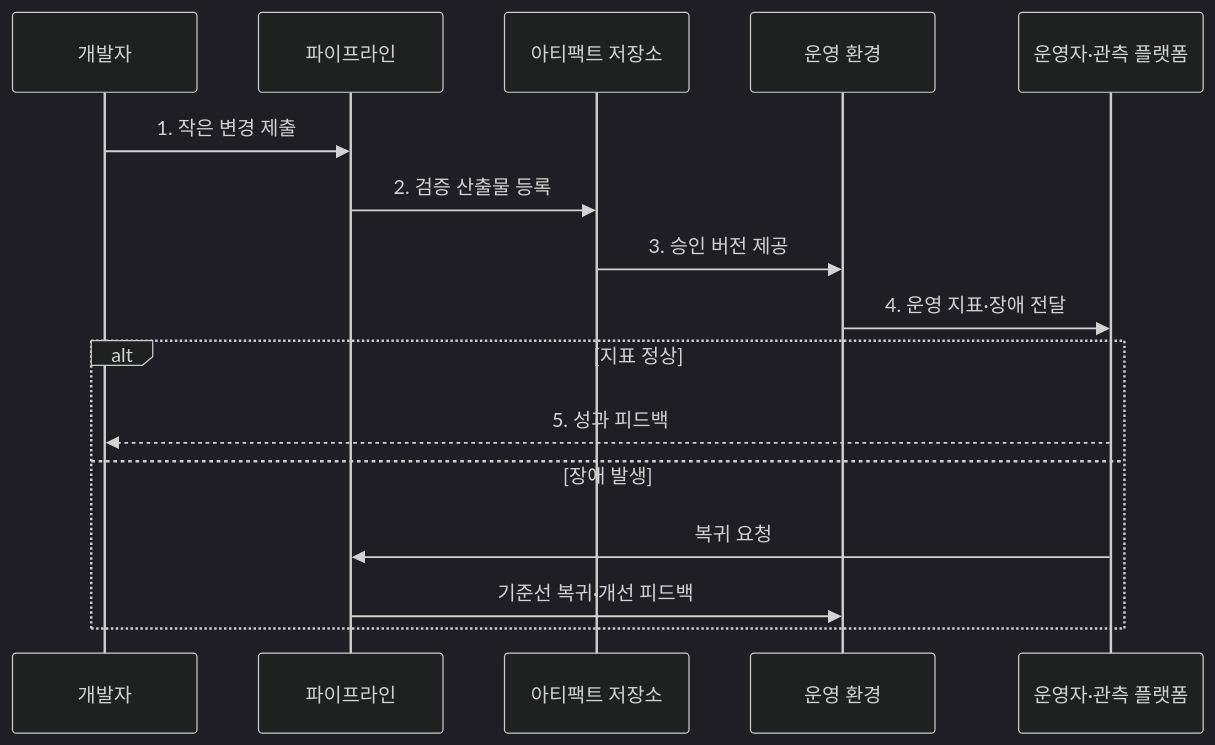
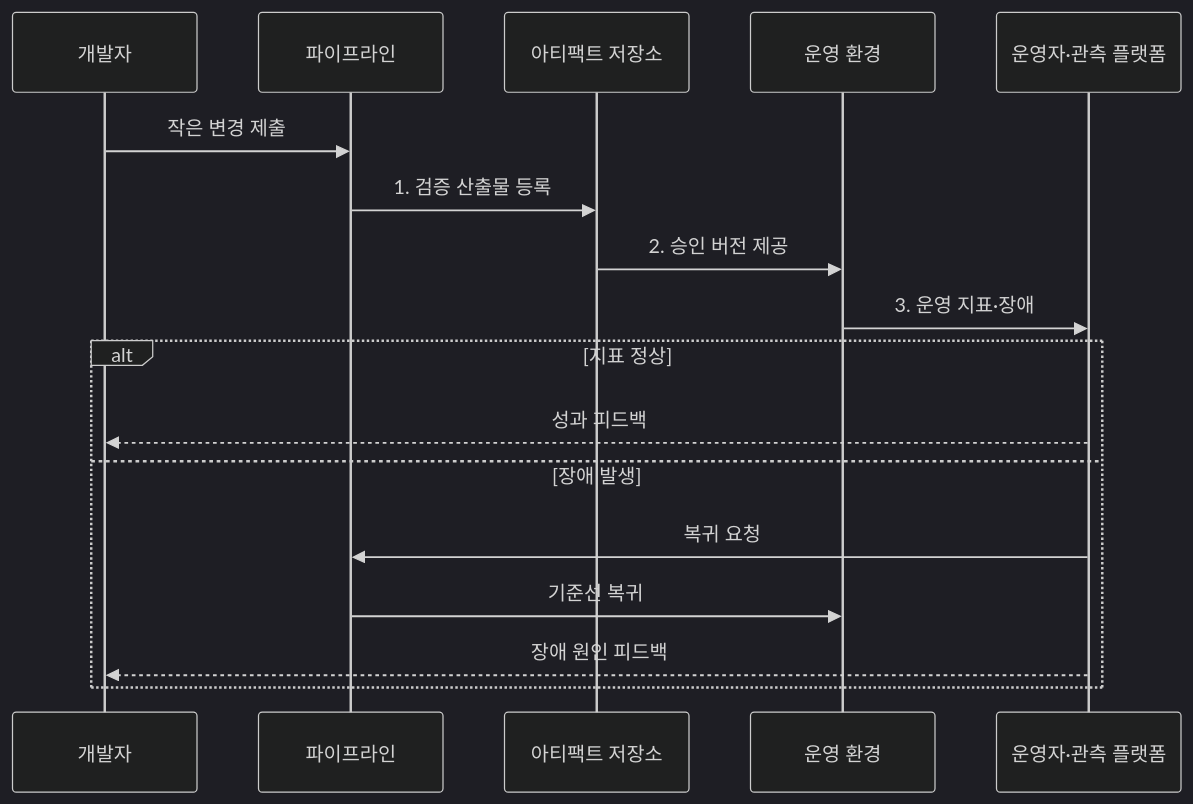
The second of 2 diagrams in src/content/docs/notes/03-software/056_devops_pipeline.md (agnusdei1207/knowledge-base), drawn with Mermaid (dark theme) before and after one commit. The commit also changed other lines of this file and 20 other files, not shown here.

````diff
--- a/src/content/docs/notes/03-software/056_devops_pipeline.md
+++ b/src/content/docs/notes/03-software/056_devops_pipeline.md
@@ -83,18 +83,19 @@
 ```mermaid
 sequenceDiagram
     participant D as 개발자
     participant P as 파이프라인
     participant A as 아티팩트 저장소
     participant E as 운영 환경
     participant O as 운영자·관측 플랫폼
-    D->>P: 1. 작은 변경 제출
-    P->>A: 2. 검증 산출물 등록
-    A->>E: 3. 승인 버전 제공
-    E->>O: 4. 운영 지표·장애 전달
+    D->>P: 작은 변경 제출
+    P->>A: 1. 검증 산출물 등록
+    A->>E: 2. 승인 버전 제공
+    E->>O: 3. 운영 지표·장애
     alt 지표 정상
-        O-->>D: 5. 성과 피드백
+        O-->>D: 성과 피드백
     else 장애 발생
         O->>P: 복귀 요청
-        P->>E: 기준선 복귀·개선 피드백
+        P->>E: 기준선 복귀
+        O-->>D: 장애 원인 피드백
     end
 ```
````
